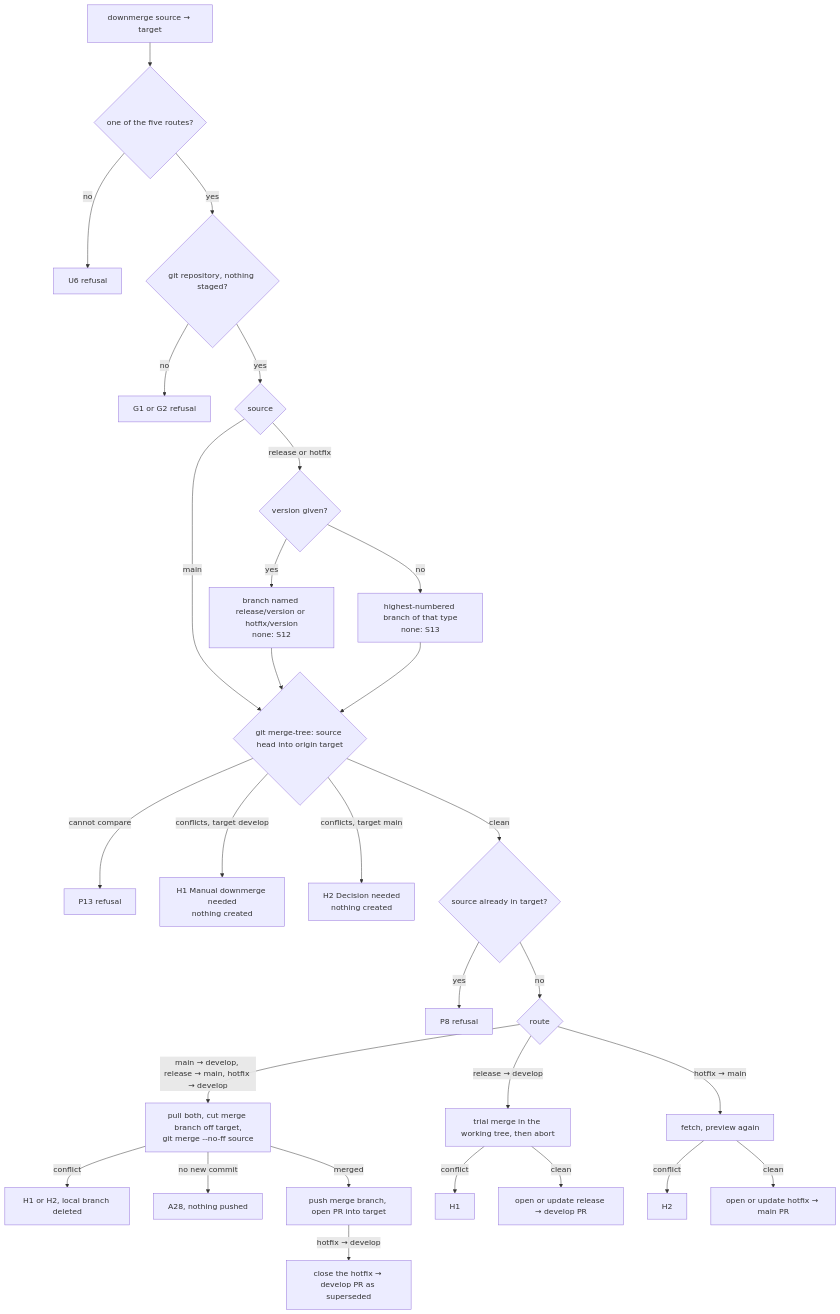
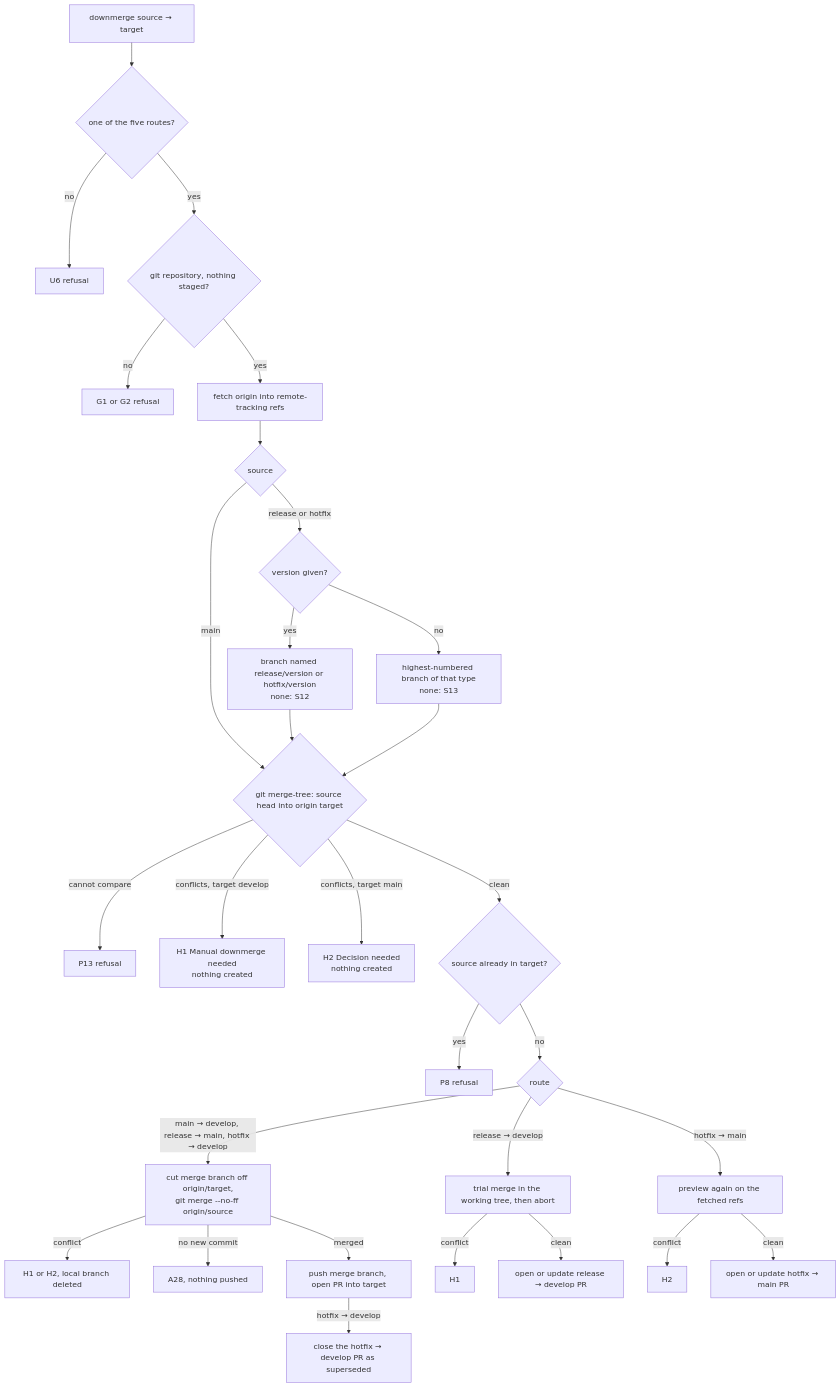
The fourth of 6 diagrams in docs/flows.md (officespacesoftware/versioner), drawn with Mermaid before and after one commit. The commit also changed other lines of this file and 14 other files, not shown here.

First line of the commit message:
Fetch origin before every plan, and apply to exactly the state the plan fetched

````diff
--- a/docs/flows.md
+++ b/docs/flows.md
@@ -108,32 +109,33 @@
 ```mermaid
 flowchart TD
   START["downmerge source → target"] --> ROUTE{"one of the five routes?"}
   ROUTE -->|no| U6["U6 refusal"]
   ROUTE -->|yes| GUARD{"git repository, nothing staged?"}
   GUARD -->|no| G["G1 or G2 refusal"]
-  GUARD -->|yes| SRC{"source"}
+  GUARD -->|yes| FETCHO["fetch origin into remote-tracking refs"]
+  FETCHO --> SRC{"source"}
   SRC -->|main| PREVIEW
   SRC -->|"release or hotfix"| SEL{"version given?"}
   SEL -->|yes| BYNAME["branch named release/version or hotfix/version<br/>none: S12"]
   SEL -->|no| NEWEST["highest-numbered branch of that type<br/>none: S13"]
   BYNAME --> PREVIEW
   NEWEST --> PREVIEW
   PREVIEW{"git merge-tree: source head into origin target"}
   PREVIEW -->|cannot compare| P13["P13 refusal"]
   PREVIEW -->|"conflicts, target develop"| H1["H1 Manual downmerge needed<br/>nothing created"]
   PREVIEW -->|"conflicts, target main"| H2["H2 Decision needed<br/>nothing created"]
   PREVIEW -->|clean| ANC{"source already in target?"}
   ANC -->|yes| P8["P8 refusal"]
   ANC -->|no| KIND{"route"}
-  KIND -->|"main → develop, release → main, hotfix → develop"| MB["pull both, cut merge branch off target,<br/>git merge --no-ff source"]
+  KIND -->|"main → develop, release → main, hotfix → develop"| MB["cut merge branch off origin/target,<br/>git merge --no-ff origin/source"]
   MB -->|conflict| HX["H1 or H2, local branch deleted"]
   MB -->|no new commit| A28["A28, nothing pushed"]
   MB -->|merged| PUSH["push merge branch, open PR into target"]
   PUSH -->|"hotfix → develop"| CLOSE["close the hotfix → develop PR as superseded"]
   KIND -->|"release → develop"| TRIAL["trial merge in the working tree, then abort"]
   TRIAL -->|conflict| H1B["H1"]
   TRIAL -->|clean| DPR["open or update release → develop PR"]
-  KIND -->|"hotfix → main"| FETCH["fetch, preview again"]
+  KIND -->|"hotfix → main"| FETCH["preview again on the fetched refs"]
   FETCH -->|conflict| H2B["H2"]
   FETCH -->|clean| HPR["open or update hotfix → main PR"]
 ```
````
